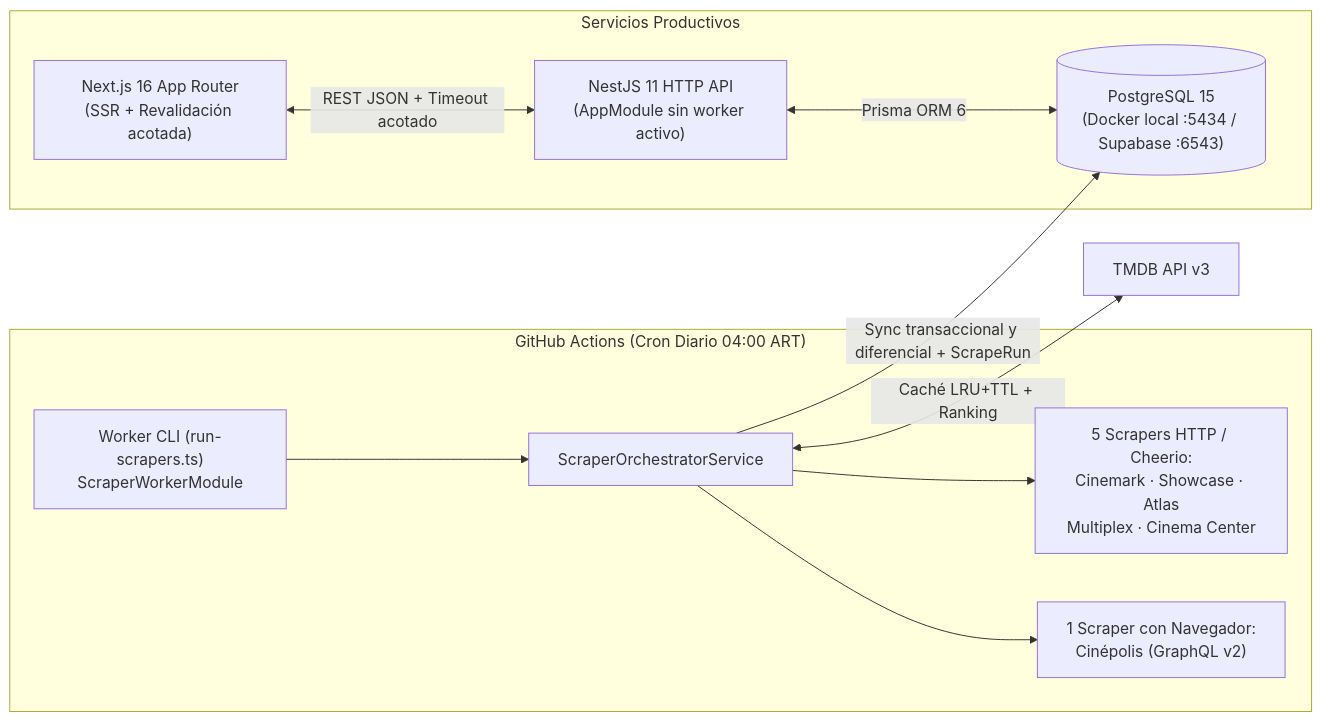
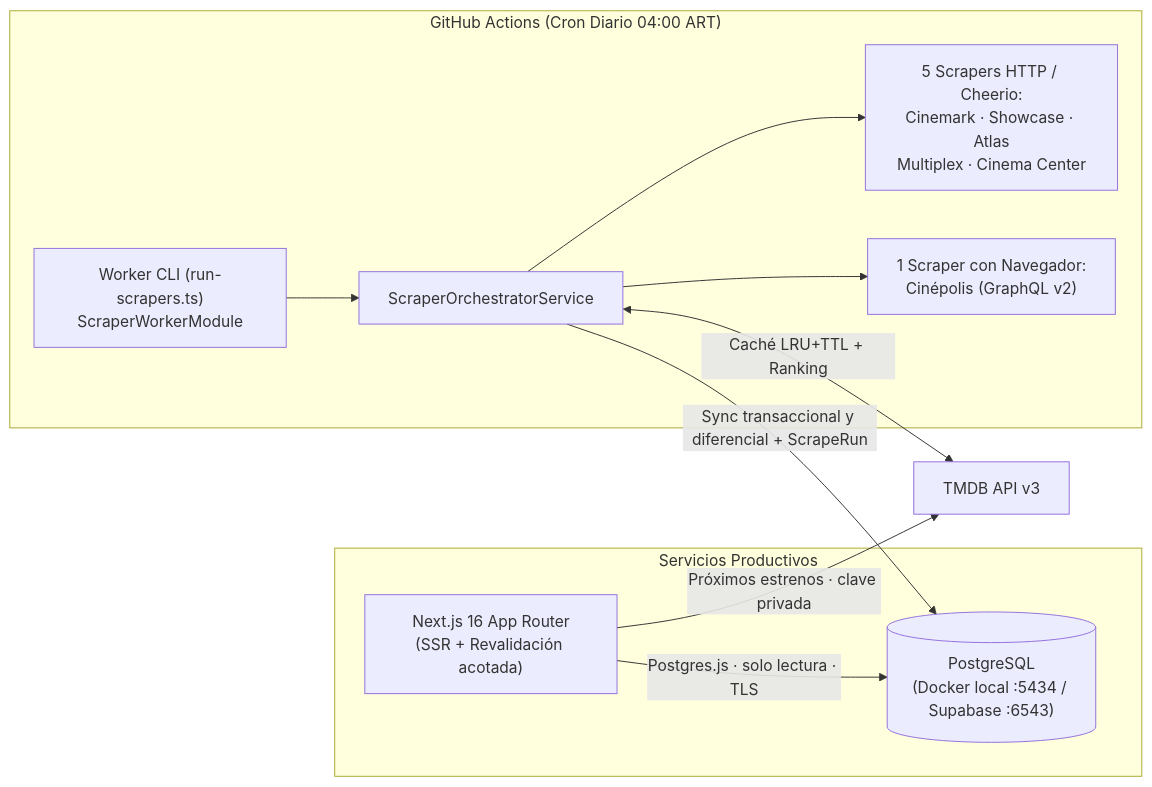
Before and after one commit to tomireyes28/cine-radar: the diagram in README.md, drawn with Mermaid. The commit also changed other lines of this file and 3 other files, not shown here.

````diff
--- a/README.md
+++ b/README.md
@@ -21,21 +21,20 @@
 ```mermaid
 flowchart LR
     subgraph GH["GitHub Actions (Cron Diario 04:00 ART)"]
         CLI["Worker CLI (run-scrapers.ts)\nScraperWorkerModule"]
         Orch["ScraperOrchestratorService"]
         HTTP["5 Scrapers HTTP / Cheerio:\nCinemark · Showcase · Atlas\nMultiplex · Cinema Center"]
         Browser["1 Scraper con Navegador:\nCinépolis (GraphQL v2)"]
         CLI --> Orch --> HTTP & Browser
     end
 
     subgraph Runtime["Servicios Productivos"]
-        DB[("PostgreSQL 15\n(Docker local :5434 / Supabase :6543)")]
-        API["NestJS 11 HTTP API\n(AppModule sin worker activo)"]
+        DB[("PostgreSQL\n(Docker local :5434 / Supabase :6543)")]
         Web["Next.js 16 App Router\n(SSR + Revalidación acotada)"]
     end
 
     Orch -->|Sync transaccional y diferencial + ScrapeRun| DB
     Orch <-->|Caché LRU+TTL + Ranking| TMDB["TMDB API v3"]
-    Web <-->|REST JSON + Timeout acotado| API
-    API <-->|Prisma ORM 6| DB
+    Web -->|Postgres.js · solo lectura · TLS| DB
+    Web -->|Próximos estrenos · clave privada| TMDB
 ```
````
